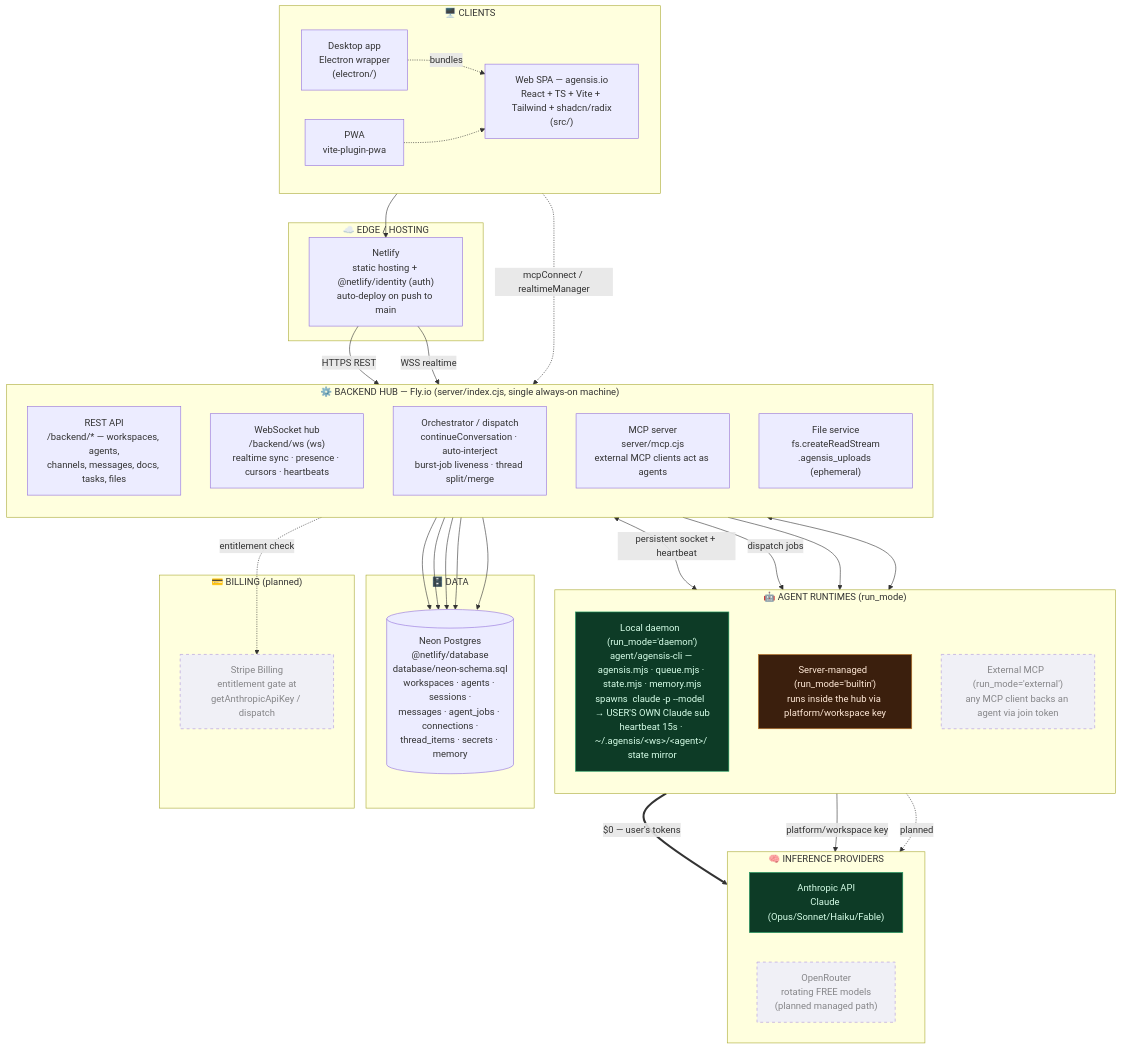
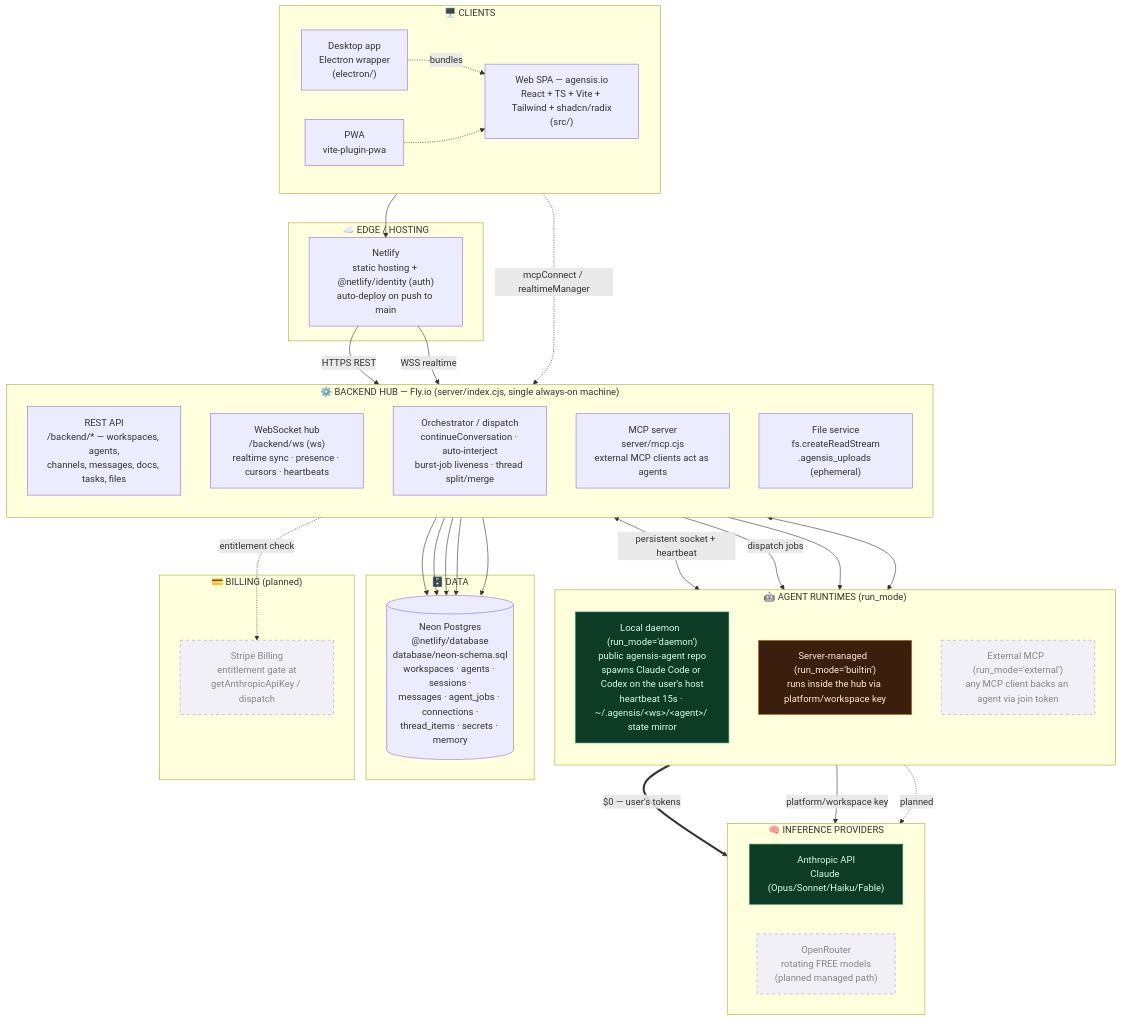
Before and after one commit to jasonkneen/agensis: the diagram in docs/architecture.md, drawn with Mermaid. The commit also changed other lines of this file and 48 other files, not shown here.

Commit message:
Extract agent into public repository

````diff
--- a/docs/architecture.md
+++ b/docs/architecture.md
@@ -8,73 +9,73 @@
 ```mermaid
 flowchart TB
     subgraph clients["🖥️  CLIENTS"]
         direction LR
         web["Web SPA — agensis.io<br/>React + TS + Vite + Tailwind + shadcn/radix<br/>(src/)"]
         desktop["Desktop app<br/>Electron wrapper<br/>(electron/)"]
         pwa["PWA<br/>vite-plugin-pwa"]
     end
 
     subgraph edge["☁️  EDGE / HOSTING"]
         netlify["Netlify<br/>static hosting + @netlify/identity (auth)<br/>auto-deploy on push to main"]
     end
 
     subgraph backend["⚙️  BACKEND HUB  —  Fly.io  (server/index.cjs, single always-on machine)"]
         direction TB
         rest["REST API<br/>/backend/* — workspaces, agents,<br/>channels, messages, docs, tasks, files"]
         ws["WebSocket hub<br/>/backend/ws (ws)<br/>realtime sync · presence · cursors · heartbeats"]
         orch["Orchestrator / dispatch<br/>continueConversation · auto-interject<br/>burst-job liveness · thread split/merge"]
         mcp["MCP server<br/>server/mcp.cjs<br/>external MCP clients act as agents"]
         files["File service<br/>fs.createReadStream<br/>.agensis_uploads (ephemeral)"]
     end
 
     subgraph data["🗄️  DATA"]
         neon[("Neon Postgres<br/>@netlify/database<br/>database/neon-schema.sql<br/>workspaces · agents · sessions ·<br/>messages · agent_jobs · connections ·<br/>thread_items · secrets · memory")]
     end
 
     subgraph agents["🤖  AGENT RUNTIMES  (run_mode)"]
         direction TB
-        daemon["Local daemon  (run_mode='daemon')<br/>agent/agensis-cli — agensis.mjs · queue.mjs · state.mjs · memory.mjs<br/>spawns  claude -p --model  → USER'S OWN Claude sub<br/>heartbeat 15s · ~/.agensis/&lt;ws&gt;/&lt;agent&gt;/ state mirror"]
+        daemon["Local daemon  (run_mode='daemon')<br/>public agensis-agent repo<br/>spawns Claude Code or Codex on the user's host<br/>heartbeat 15s · ~/.agensis/&lt;ws&gt;/&lt;agent&gt;/ state mirror"]
         builtin["Server-managed  (run_mode='builtin')<br/>runs inside the hub via platform/workspace key"]
         external["External MCP  (run_mode='external')<br/>any MCP client backs an agent via join token"]
     end
 
     subgraph models["🧠  INFERENCE PROVIDERS"]
         direction LR
         anthropic["Anthropic API<br/>Claude (Opus/Sonnet/Haiku/Fable)"]
         openrouter["OpenRouter<br/>rotating FREE models<br/>(planned managed path)"]
     end
 
     subgraph pay["💳  BILLING (planned)"]
         stripe["Stripe Billing<br/>entitlement gate at<br/>getAnthropicApiKey / dispatch"]
     end
 
     web --> netlify
     desktop -.bundles.-> web
     pwa -.-> web
     netlify -->|HTTPS REST| rest
     netlify -->|WSS realtime| ws
     web -.mcpConnect / realtimeManager.-> ws
 
     rest --> neon
     ws --> neon
     orch --> neon
     mcp --> neon
     files --> neon
 
     ws <-->|persistent socket + heartbeat| daemon
     orch -->|dispatch jobs| daemon
     orch --> builtin
     mcp <--> external
 
     daemon ==>|$0 — user's tokens| anthropic
     builtin -->|platform/workspace key| anthropic
     builtin -.planned.-> openrouter
     orch -.entitlement check.-> stripe
 
     classDef free fill:#0d3b26,stroke:#1f9d63,color:#d7ffe9;
     classDef cost fill:#3b1f0d,stroke:#c47a2a,color:#ffe9d7;
     classDef planned stroke-dasharray:5 5,opacity:0.75;
     class daemon,anthropic free;
     class builtin cost;
     class openrouter,stripe,external planned;
 ```
````
